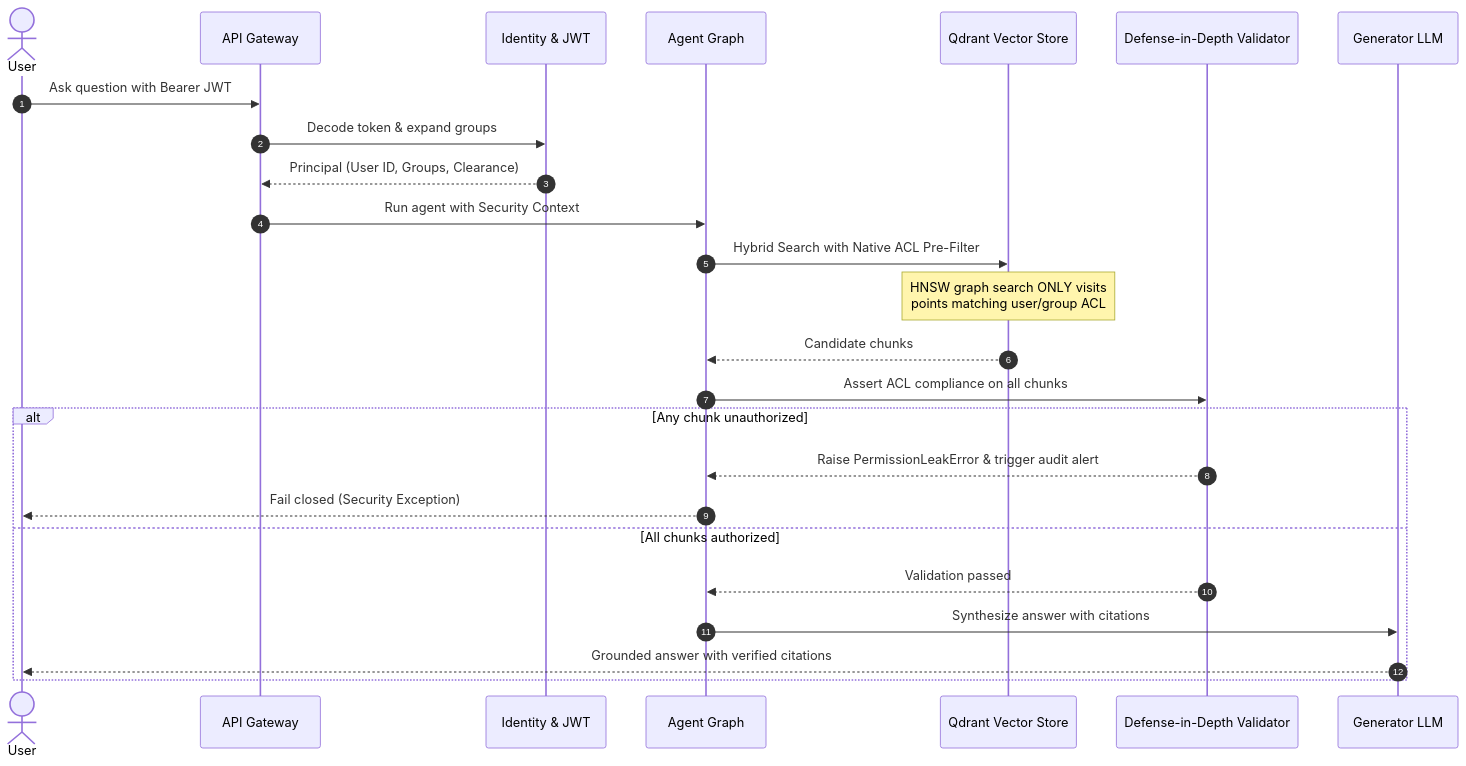
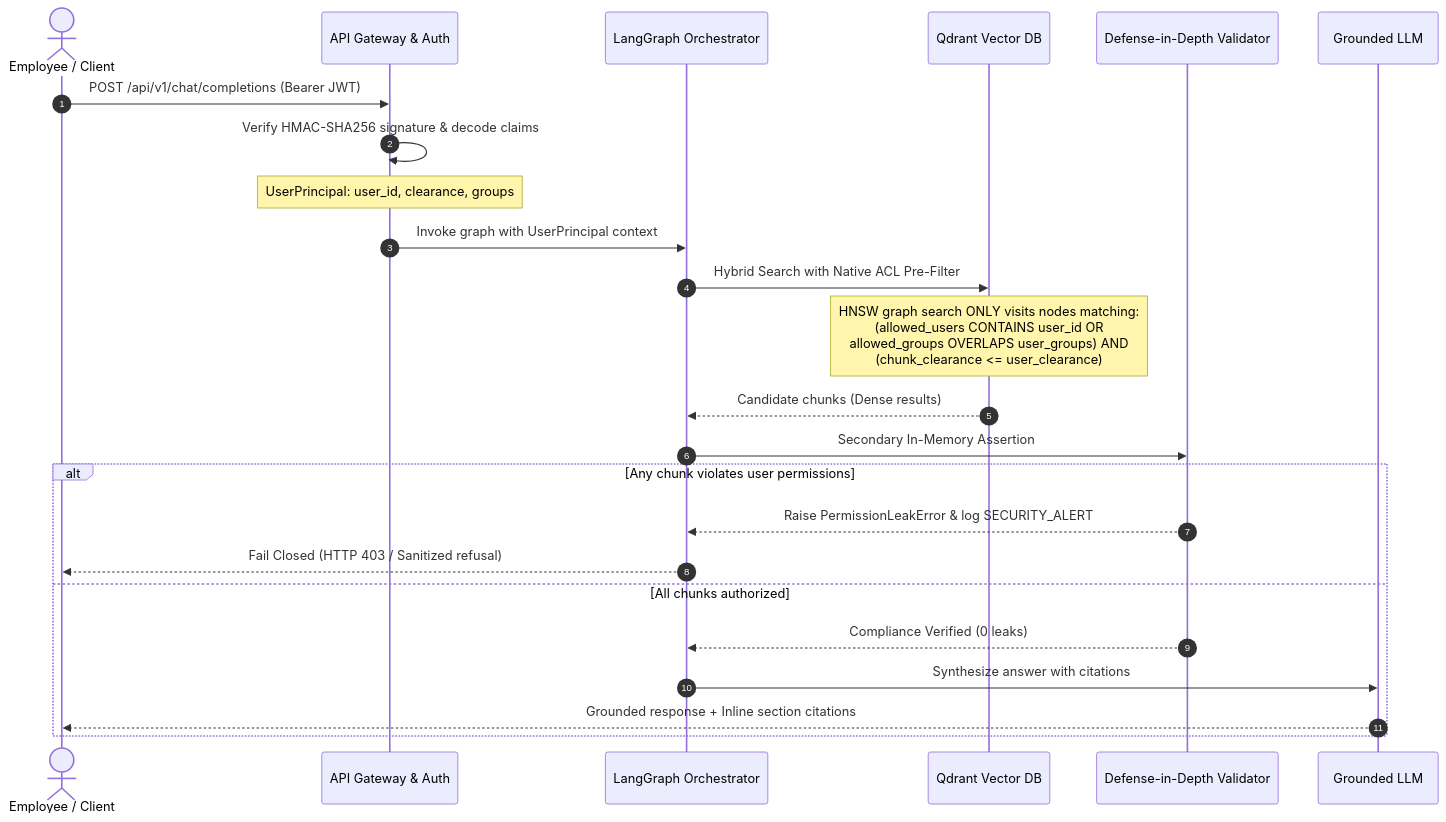
One commit to AlokChaudhary752/Agentic-RAG- changed the third of 5 diagrams in docs/architecture.md. Above: the diagram before and after it, drawn with Mermaid. The commit also changed other lines of this file and 14 other files, not shown here.

````diff
--- a/docs/architecture.md
+++ b/docs/architecture.md
@@ -63,28 +88,27 @@
 ```mermaid
 sequenceDiagram
     autonumber
-    actor User
-    participant Gateway as API Gateway
-    participant Auth as Identity & JWT
-    participant Agent as Agent Graph
-    participant Qdrant as Qdrant Vector Store
-    participant Validator as Defense-in-Depth Validator
-    participant LLM as Generator LLM
+    actor User as Employee / Client
+    participant GW as API Gateway & Auth
+    participant Agent as LangGraph Orchestrator
+    participant Qdrant as Qdrant Vector DB
+    participant Assertion as Defense-in-Depth Validator
+    participant LLM as Grounded LLM
 
-    User->>Gateway: Ask question with Bearer JWT
-    Gateway->>Auth: Decode token & expand groups
-    Auth-->>Gateway: Principal (User ID, Groups, Clearance)
-    Gateway->>Agent: Run agent with Security Context
+    User->>GW: POST /api/v1/chat/completions (Bearer JWT)
+    GW->>GW: Verify HMAC-SHA256 signature & decode claims
+    Note over GW: UserPrincipal: user_id, clearance, groups
+    GW->>Agent: Invoke graph with UserPrincipal context
     Agent->>Qdrant: Hybrid Search with Native ACL Pre-Filter
-    Note over Qdrant: HNSW graph search ONLY visits<br/>points matching user/group ACL
-    Qdrant-->>Agent: Candidate chunks
-    Agent->>Validator: Assert ACL compliance on all chunks
-    alt Any chunk unauthorized
-        Validator-->>Agent: Raise PermissionLeakError & trigger audit alert
-        Agent-->>User: Fail closed (Security Exception)
+    Note over Qdrant: HNSW graph search ONLY visits nodes matching:<br/>(allowed_users CONTAINS user_id OR<br/>allowed_groups OVERLAPS user_groups) AND<br/>(chunk_clearance <= user_clearance)
+    Qdrant-->>Agent: Candidate chunks (Dense results)
+    Agent->>Assertion: Secondary In-Memory Assertion
+    alt Any chunk violates user permissions
+        Assertion-->>Agent: Raise PermissionLeakError & log SECURITY_ALERT
+        Agent-->>User: Fail Closed (HTTP 403 / Sanitized refusal)
     else All chunks authorized
-        Validator-->>Agent: Validation passed
+        Assertion-->>Agent: Compliance Verified (0 leaks)
         Agent->>LLM: Synthesize answer with citations
-        LLM-->>User: Grounded answer with verified citations
+        LLM-->>User: Grounded response + Inline section citations
     end
 ```
````
